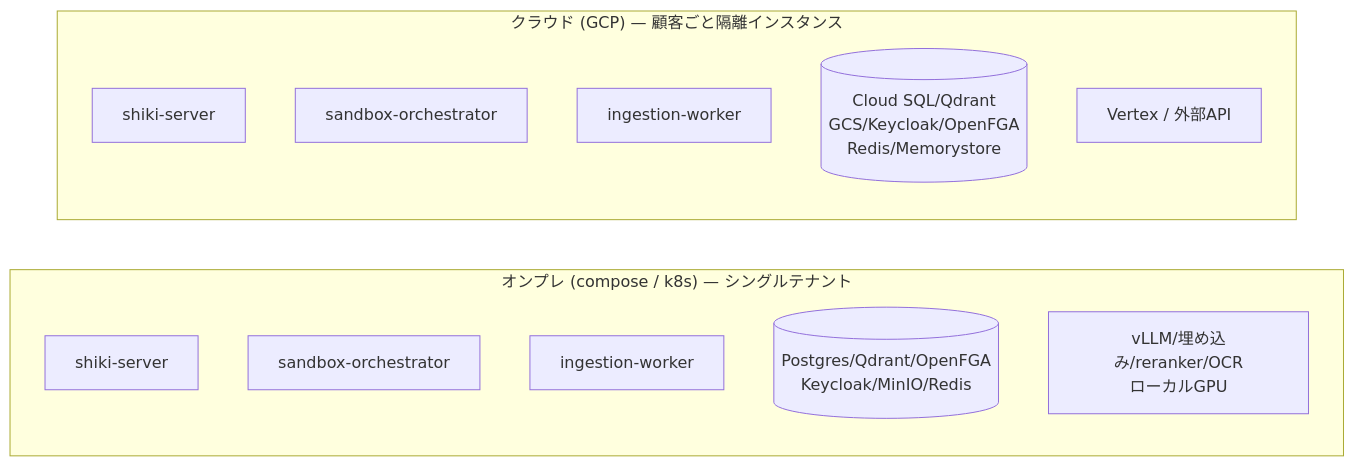
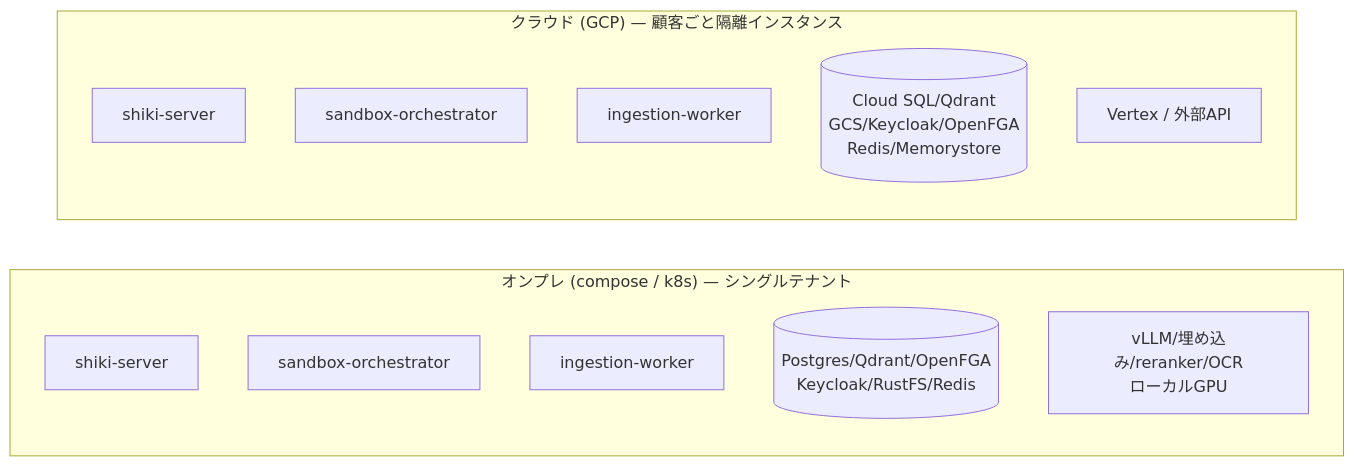
One commit to imanect-labs/shiki-platform changed the second of 10 diagrams in docs/design.md. Above: the diagram before and after it, drawn with Mermaid. The commit also changed other lines of this file and 19 other files, not shown here.

First line of the commit message:
feat(storage): オブジェクトストアを MinIO から RustFS へ差し替える (#499)

````diff
--- a/docs/design.md
+++ b/docs/design.md
@@ -83,18 +83,18 @@
 ```mermaid
 flowchart LR
   subgraph OnPrem["オンプレ (compose / k8s) — シングルテナント"]
     S1[shiki-server]
     O1[sandbox-orchestrator]
     I1[ingestion-worker]
-    DEP1[(Postgres/Qdrant/OpenFGA<br/>Keycloak/MinIO/Redis)]
+    DEP1[(Postgres/Qdrant/OpenFGA<br/>Keycloak/RustFS/Redis)]
     INF1[vLLM/埋め込み/reranker/OCR<br/>ローカルGPU]
   end
 
   subgraph Cloud["クラウド (GCP) — 顧客ごと隔離インスタンス"]
     S2[shiki-server]
     O2[sandbox-orchestrator]
     I2[ingestion-worker]
     DEP2[(Cloud SQL/Qdrant<br/>GCS/Keycloak/OpenFGA<br/>Redis/Memorystore)]
     INF2[Vertex / 外部API]
   end
 ```
````
